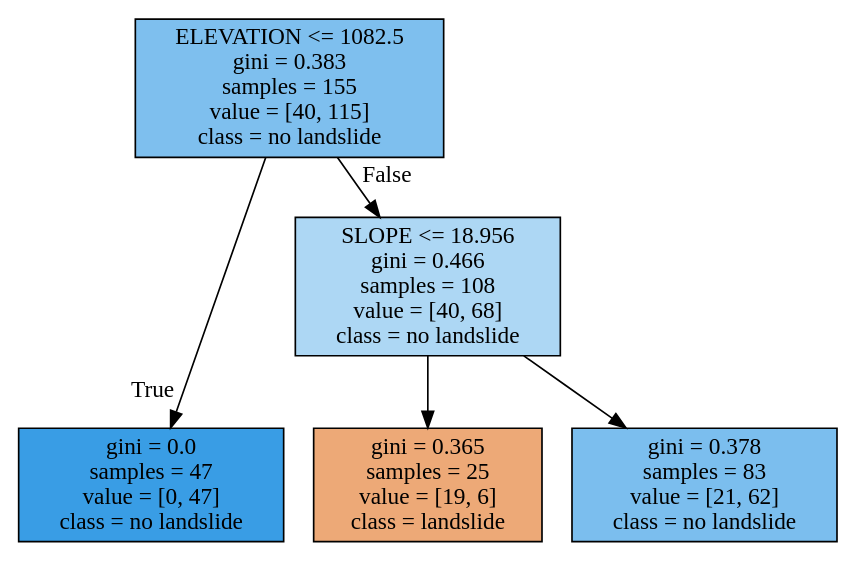
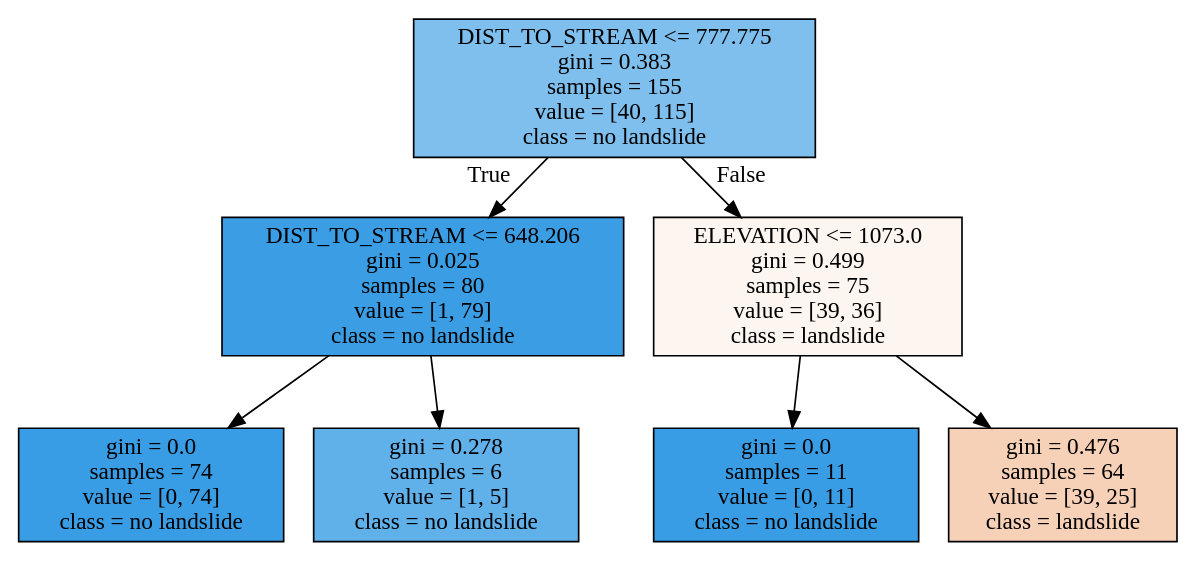
Before and after one commit to madelinezug/landslide_classification: the diagram in tree2.dot, drawn with Graphviz. The commit also changed 5 other files, not shown here.

```diff
--- a/tree2.dot
+++ b/tree2.dot
@@ -1,16 +1,20 @@
 digraph Tree {
 node [shape=box, style="filled", color="black"] ;
 graph [ranksep=equally, splines=polyline] ;
-0 [label="ELEVATION <= 1082.5\ngini = 0.383\nsamples = 155\nvalue = [40, 115]\nclass = no landslide", fillcolor="#399de5a6"] ;
-1 [label="gini = 0.0\nsamples = 47\nvalue = [0, 47]\nclass = no landslide", fillcolor="#399de5ff"] ;
+0 [label="DIST_TO_STREAM <= 777.775\ngini = 0.383\nsamples = 155\nvalue = [40, 115]\nclass = no landslide", fillcolor="#399de5a6"] ;
+1 [label="DIST_TO_STREAM <= 648.206\ngini = 0.025\nsamples = 80\nvalue = [1, 79]\nclass = no landslide", fillcolor="#399de5fc"] ;
 0 -> 1 [labeldistance=2.5, labelangle=45, headlabel="True"] ;
-2 [label="SLOPE <= 18.956\ngini = 0.466\nsamples = 108\nvalue = [40, 68]\nclass = no landslide", fillcolor="#399de569"] ;
-0 -> 2 [labeldistance=2.5, labelangle=-45, headlabel="False"] ;
-3 [label="gini = 0.365\nsamples = 25\nvalue = [19, 6]\nclass = landslide", fillcolor="#e58139ae"] ;
-2 -> 3 ;
-4 [label="gini = 0.378\nsamples = 83\nvalue = [21, 62]\nclass = no landslide", fillcolor="#399de5a9"] ;
-2 -> 4 ;
+2 [label="gini = 0.0\nsamples = 74\nvalue = [0, 74]\nclass = no landslide", fillcolor="#399de5ff"] ;
+1 -> 2 ;
+3 [label="gini = 0.278\nsamples = 6\nvalue = [1, 5]\nclass = no landslide", fillcolor="#399de5cc"] ;
+1 -> 3 ;
+4 [label="ELEVATION <= 1073.0\ngini = 0.499\nsamples = 75\nvalue = [39, 36]\nclass = landslide", fillcolor="#e5813914"] ;
+0 -> 4 [labeldistance=2.5, labelangle=-45, headlabel="False"] ;
+5 [label="gini = 0.0\nsamples = 11\nvalue = [0, 11]\nclass = no landslide", fillcolor="#399de5ff"] ;
+4 -> 5 ;
+6 [label="gini = 0.476\nsamples = 64\nvalue = [39, 25]\nclass = landslide", fillcolor="#e581395c"] ;
+4 -> 6 ;
 {rank=same ; 0} ;
-{rank=same ; 2} ;
-{rank=same ; 1; 3; 4} ;
+{rank=same ; 1; 4} ;
+{rank=same ; 2; 3; 5; 6} ;
 }
```
